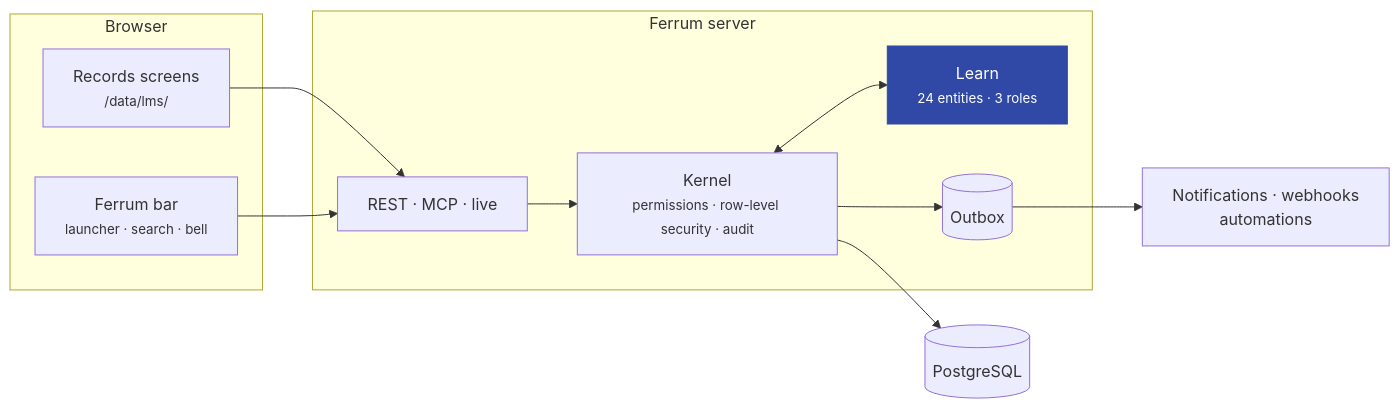
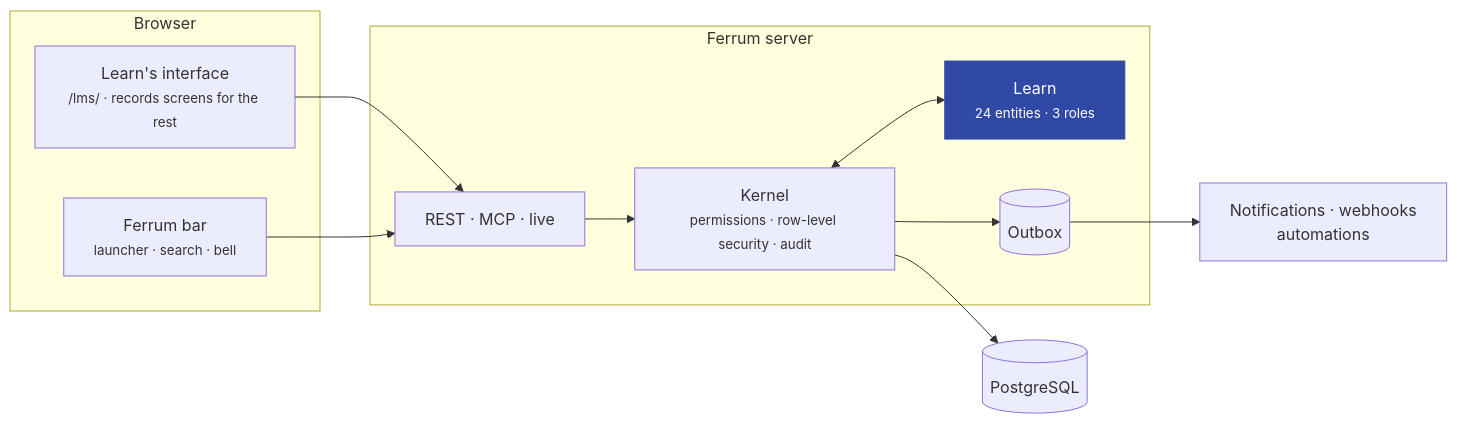
The second of 3 diagrams in README.md (CBFerrum/ferrum-app-lms), drawn with Mermaid before and after one commit. The commit also changed other lines of this file and 36 other files, not shown here.

First line of the commit message:
Learn 0.2.0: an interface of its own at /lms/

````diff
--- a/README.md
+++ b/README.md
@@ -115,21 +115,21 @@
 ```mermaid
 flowchart LR
     subgraph Browser
-        UI["Records screens<br/><small>/data/lms/</small>"]
+        UI["Learn's interface<br/><small>/lms/ · records screens for the rest</small>"]
         BAR["Ferrum bar<br/><small>launcher · search · bell</small>"]
     end
     subgraph Server["Ferrum server"]
         API["REST · MCP · live"]
         K["Kernel<br/><small>permissions · row-level security · audit</small>"]
         APP["Learn<br/><small>24 entities · 3 roles</small>"]
         OB[("Outbox")]
     end
     DB[("PostgreSQL")]
     UI --> API --> K --> DB
     BAR --> API
     K <--> APP
     K --> OB --> EV["Notifications · webhooks<br/>automations"]
 
     classDef app fill:#3048a6,color:#fff,stroke:#3048a6
     class APP app
 ```
````
